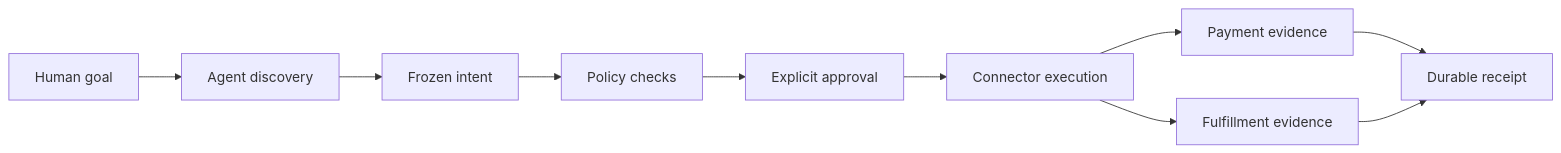
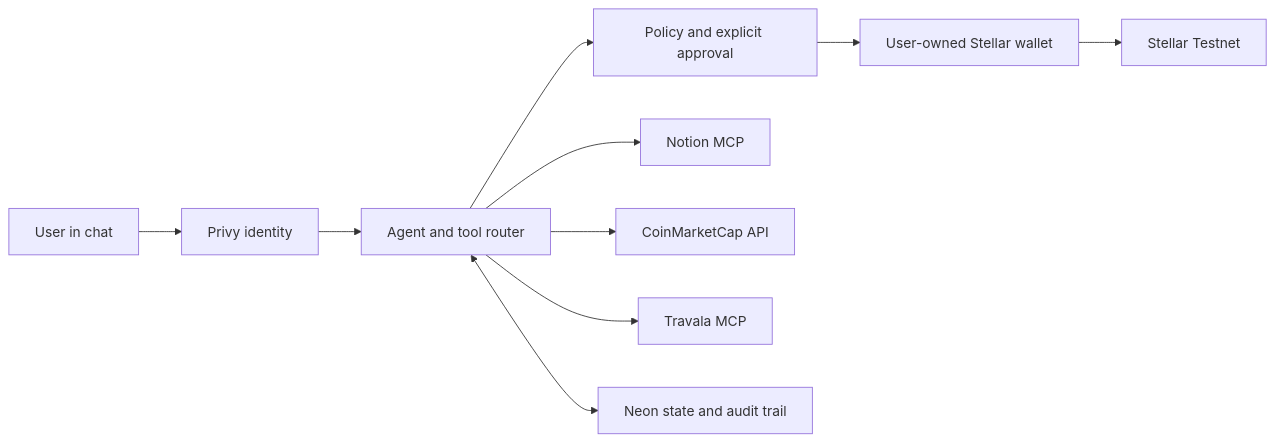
Before and after one commit to CaBsCrypto/agente-asistente: the first of 2 diagrams in README.md, drawn with Mermaid. The commit also changed other lines of this file and 5 other files, not shown here.

````diff
--- a/README.md
+++ b/README.md
@@ -66,12 +85,12 @@
-```mermaid
+~~~mermaid
 flowchart LR
-    A["Human goal"] --> B["Agent discovery"]
-    B --> C["Frozen intent"]
-    C --> D["Policy checks"]
-    D --> E["Explicit approval"]
-    E --> F["Connector execution"]
-    F --> G["Payment evidence"]
-    F --> H["Fulfillment evidence"]
-    G --> I["Durable receipt"]
-    H --> I
-```
+    U["User in chat"] --> ID["Privy identity"]
+    ID --> A["Agent and tool router"]
+    A --> P["Policy and explicit approval"]
+    A --> N["Notion MCP"]
+    A --> C["CoinMarketCap API"]
+    A --> T["Travala MCP"]
+    P --> W["User-owned Stellar wallet"]
+    W --> S["Stellar Testnet"]
+    A <--> DB["Neon state and audit trail"]
+~~~
````
